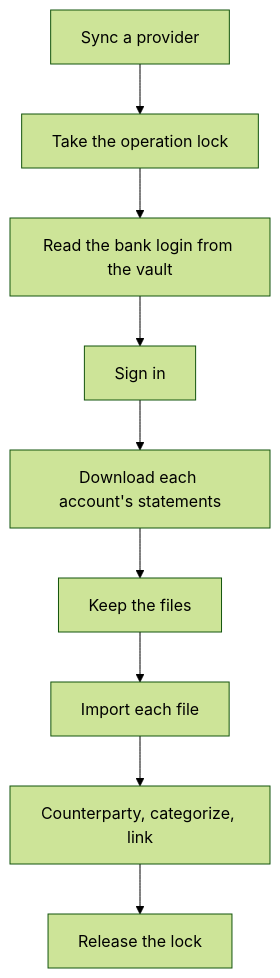
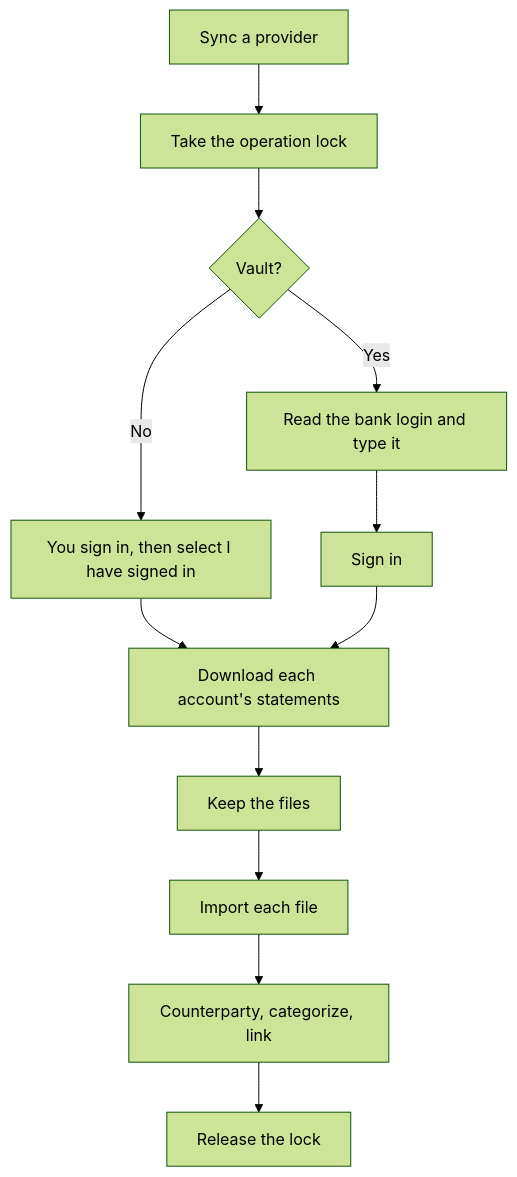
The second of 3 diagrams in docs/architecture/sync.md (spinningyoyo/omsync), drawn with Mermaid (forest theme) before and after one commit. The commit also changed other lines of this file and 55 other files, not shown here.

First line of the commit message:
feat(access): sign in with the computer's owner check and make the vault optional

````diff
--- a/docs/architecture/sync.md
+++ b/docs/architecture/sync.md
@@ -24,11 +25,14 @@
 ```mermaid
 flowchart TD
     Start[Sync a provider] --> Lock[Take the operation lock]
-    Lock --> Vault[Read the bank login from the vault]
+    Lock --> HasVault{Vault?}
+    HasVault -->|Yes| Vault[Read the bank login and type it]
+    HasVault -->|No| Manual[You sign in, then select I have signed in]
     Vault --> SignIn[Sign in]
+    Manual --> Fetch
     SignIn --> Fetch[Download each account's statements]
     Fetch --> Keep[Keep the files]
     Keep --> Import[Import each file]
     Import --> Auto[Counterparty, categorize, link]
     Auto --> Done[Release the lock]
 ```
````
